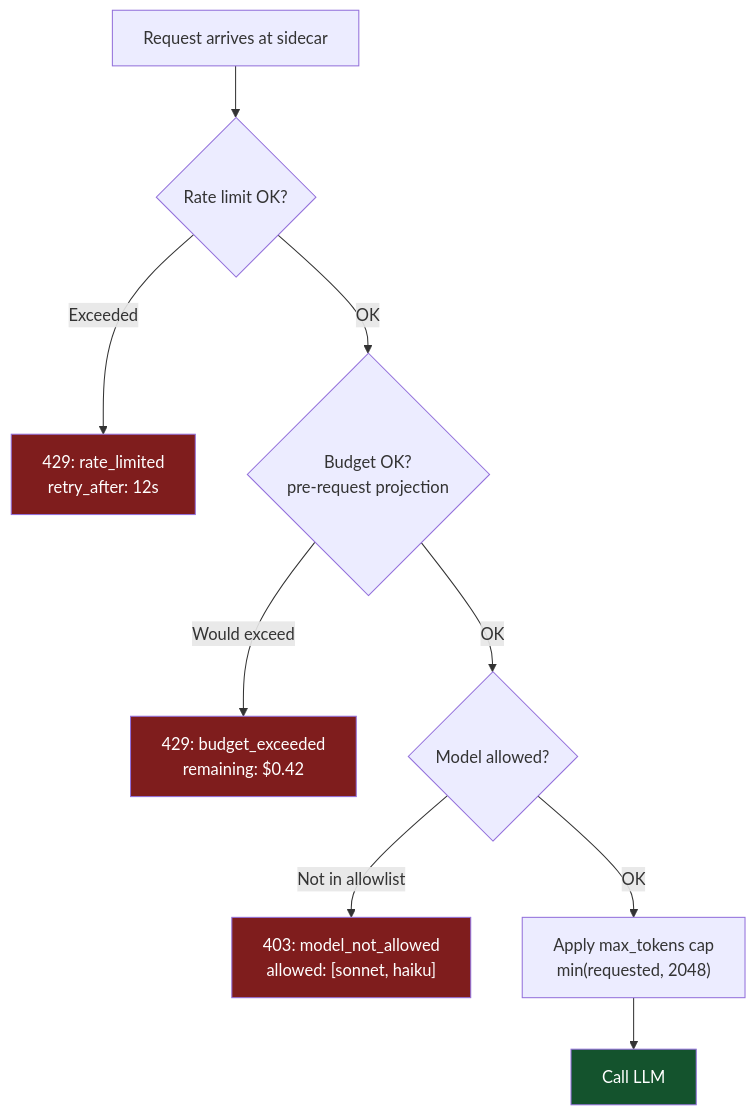
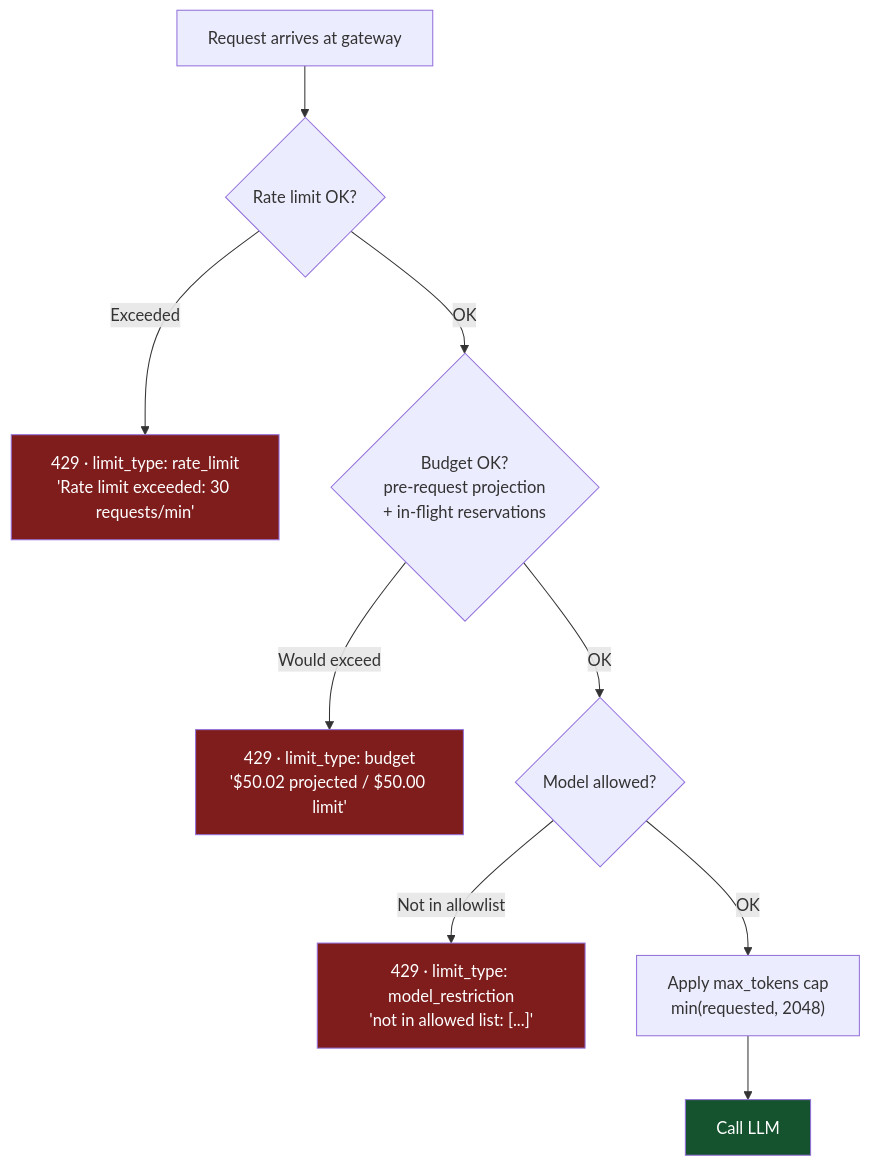
The ninth of 13 diagrams in control-plane/docs/getting-started.md (hk-775/ostiari), drawn with Mermaid before and after one commit. The commit also changed other lines of this file and 21 other files, not shown here.

````diff
--- a/control-plane/docs/getting-started.md
+++ b/control-plane/docs/getting-started.md
@@ -1204,16 +1479,16 @@
 ```mermaid
 flowchart TD
-    REQ[Request arrives at sidecar] --> RL{Rate limit OK?}
-    RL -->|Exceeded| R1["429: rate_limited<br/>retry_after: 12s"]
-    RL -->|OK| BUD{Budget OK?<br/>pre-request projection}
-    BUD -->|Would exceed| R2["429: budget_exceeded<br/>remaining: $0.42"]
+    REQ[Request arrives at gateway] --> RL{Rate limit OK?}
+    RL -->|Exceeded| R1["429 · limit_type: rate_limit<br/>'Rate limit exceeded: 30 requests/min'"]
+    RL -->|OK| BUD{Budget OK?<br/>pre-request projection<br/>+ in-flight reservations}
+    BUD -->|Would exceed| R2["429 · limit_type: budget<br/>'$50.02 projected / $50.00 limit'"]
     BUD -->|OK| MOD{Model allowed?}
-    MOD -->|Not in allowlist| R3["403: model_not_allowed<br/>allowed: [sonnet, haiku]"]
+    MOD -->|Not in allowlist| R3["429 · limit_type: model_restriction<br/>'not in allowed list: [...]'"]
     MOD -->|OK| CAP["Apply max_tokens cap<br/>min(requested, 2048)"]
     CAP --> LLM[Call LLM]
 
     style R1 fill:#7f1d1d,color:white
     style R2 fill:#7f1d1d,color:white
     style R3 fill:#7f1d1d,color:white
     style LLM fill:#14532d,color:white
 ```
````
